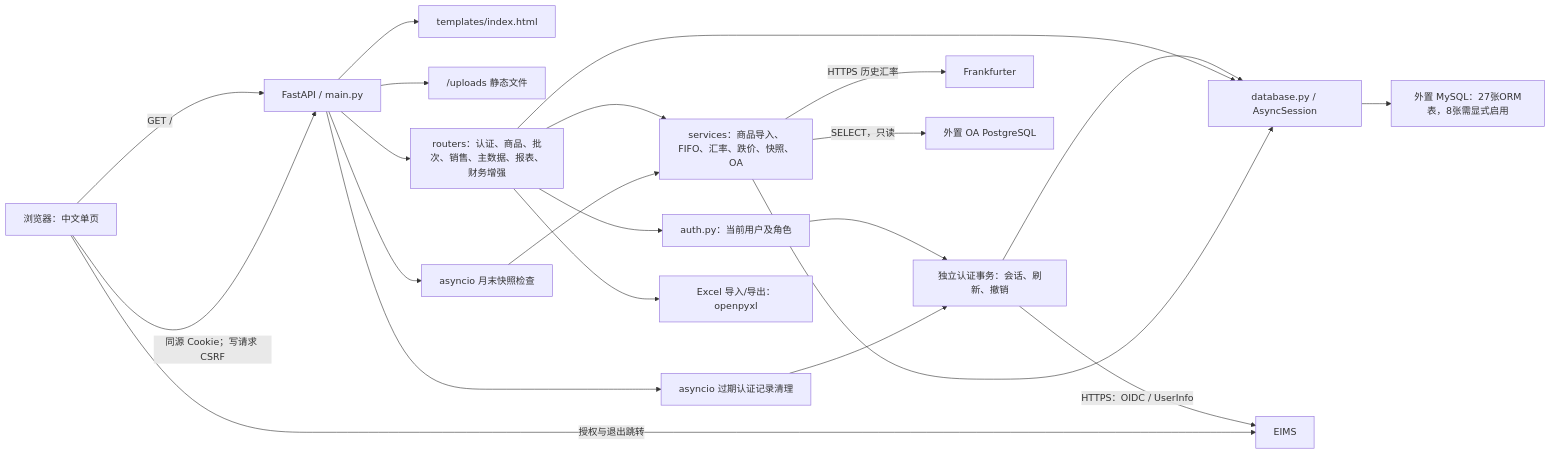
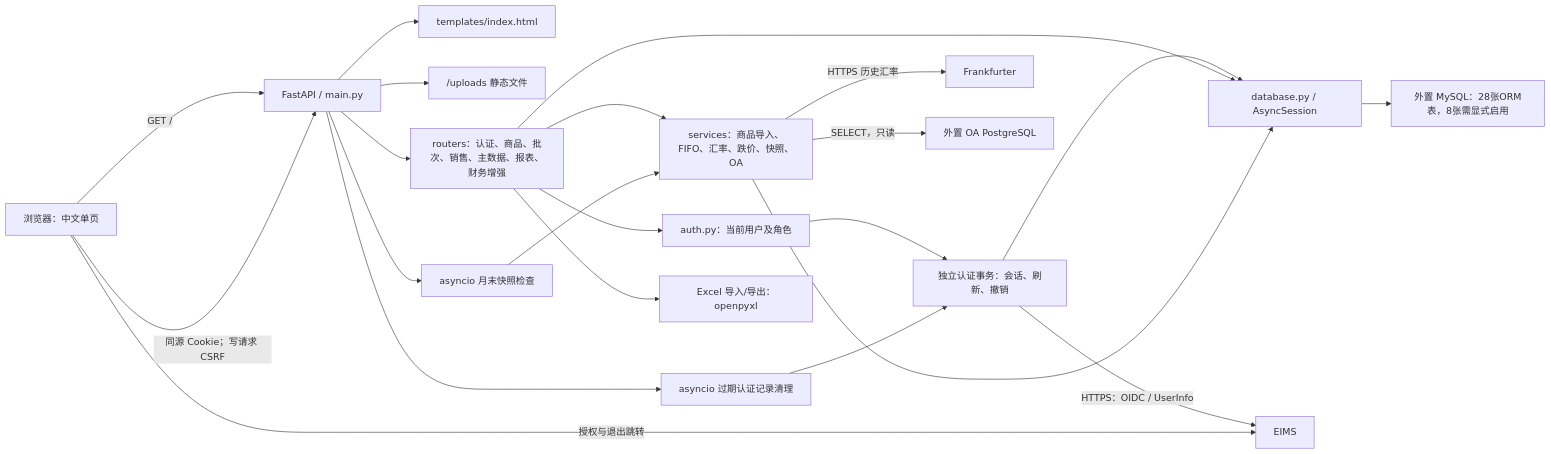
One commit to yueweiit/FastAPIProject changed the diagram in docs/knowledge/architecture.md. Above: the diagram before and after it, drawn with Mermaid. The commit also changed other lines of this file and 26 other files, not shown here.

````diff
--- a/docs/knowledge/architecture.md
+++ b/docs/knowledge/architecture.md
@@ -7,24 +7,24 @@
 ```mermaid
 flowchart LR
     U["浏览器：中文单页"] -->|"GET /"| A["FastAPI / main.py"]
     U -->|"同源 Cookie；写请求 CSRF"| A
     A --> T["templates/index.html"]
     A --> UP["/uploads 静态文件"]
     A --> R["routers：认证、商品、批次、销售、主数据、报表、财务增强"]
     R --> AU["auth.py：当前用户及角色"]
     R --> S["services：商品导入、FIFO、汇率、跌价、快照、OA"]
     AU --> SS["独立认证事务：会话、刷新、撤销"]
     SS --> DB
     SS -->|"HTTPS：OIDC / UserInfo"| EI["EIMS"]
     U -->|"授权与退出跳转"| EI
     R --> DB["database.py / AsyncSession"]
     S --> DB
-    DB --> M["外置 MySQL：27张ORM表，8张需显式启用"]
+    DB --> M["外置 MySQL：28张ORM表，8张需显式启用"]
     S -->|"HTTPS 历史汇率"| FX["Frankfurter"]
     S -->|"SELECT，只读"| OA["外置 OA PostgreSQL"]
     A --> W["asyncio 月末快照检查"]
     A --> AW["asyncio 过期认证记录清理"]
     AW --> SS
     W --> S
     R --> XL["Excel 导入/导出：openpyxl"]
 ```
````
